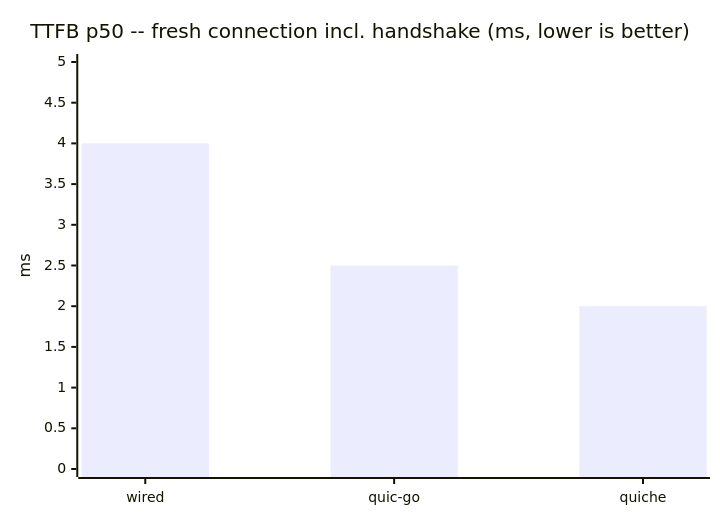
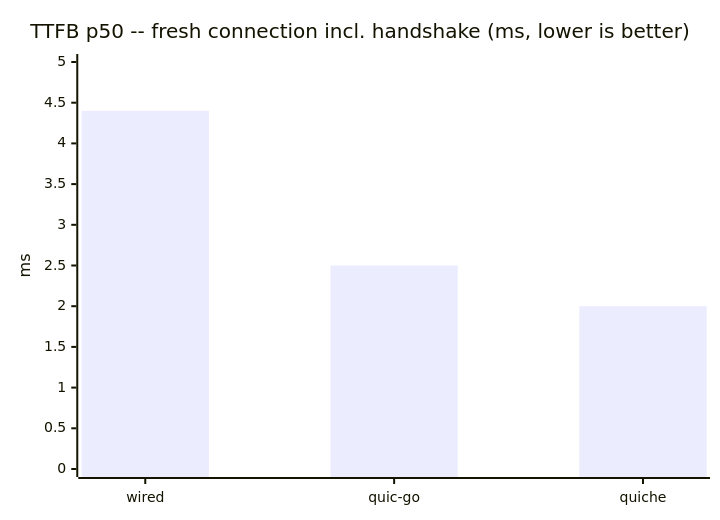
One commit to Hakkadaikon/wired changed the third of 4 diagrams in docs/comparison.md. Above: the diagram before and after it, drawn with Mermaid. The commit also changed other lines of this file, not shown here.

````diff
--- a/docs/comparison.md
+++ b/docs/comparison.md
@@ -122,7 +135,7 @@
 ```mermaid
 xychart-beta
     title "TTFB p50 -- fresh connection incl. handshake (ms, lower is better)"
     x-axis ["wired", "quic-go", "quiche"]
     y-axis "ms" 0 --> 5
-    bar [4.0, 2.5, 2.0]
+    bar [4.4, 2.5, 2.0]
 ```
````
